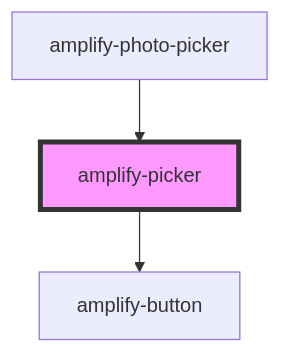
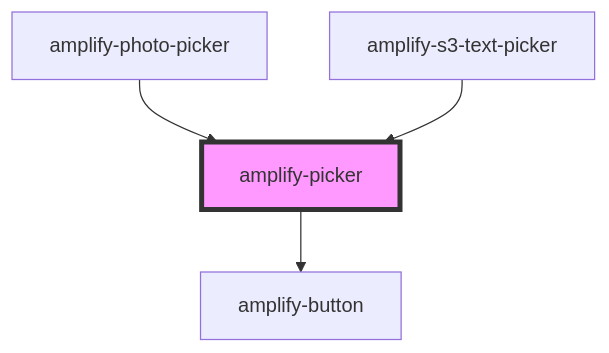
The diagram in packages/amplify-ui-components/src/components/amplify-picker/readme.md (OneDev0411/amplify-js), drawn with Mermaid before and after one commit. The commit also changed other lines of this file and 14 other files, not shown here.

Commit message:
add base s3-text and text-picker

````diff
--- a/packages/amplify-ui-components/src/components/amplify-picker/readme.md
+++ b/packages/amplify-ui-components/src/components/amplify-picker/readme.md
@@ -26,6 +27,7 @@
 ```mermaid
 graph TD;
   amplify-picker --> amplify-button
   amplify-photo-picker --> amplify-picker
+  amplify-s3-text-picker --> amplify-picker
   style amplify-picker fill:#f9f,stroke:#333,stroke-width:4px
 ```
````
